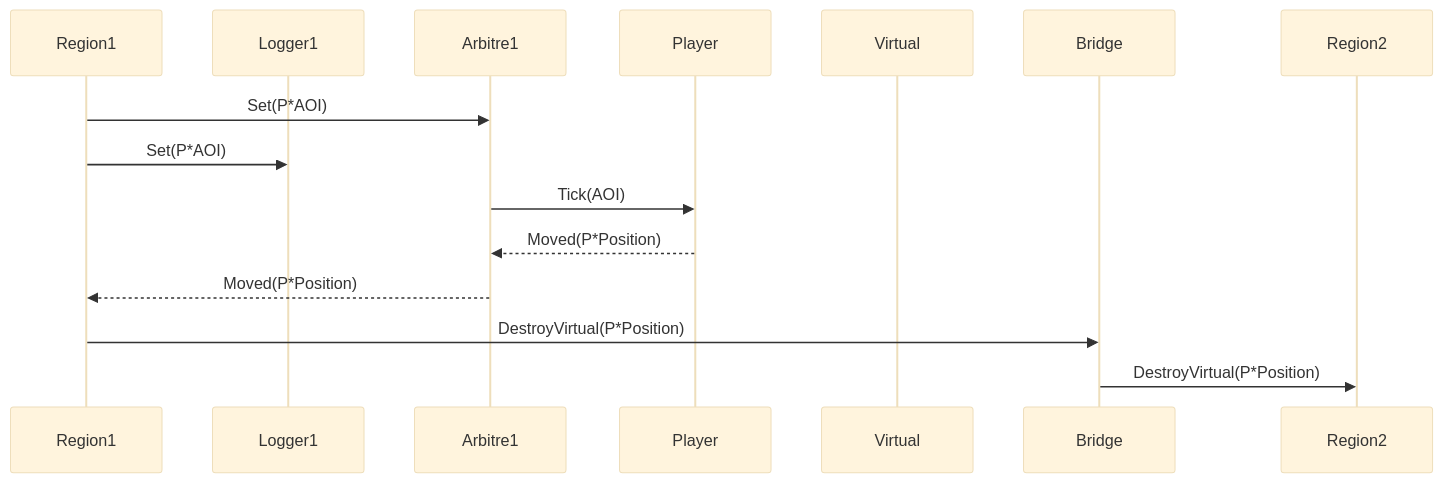
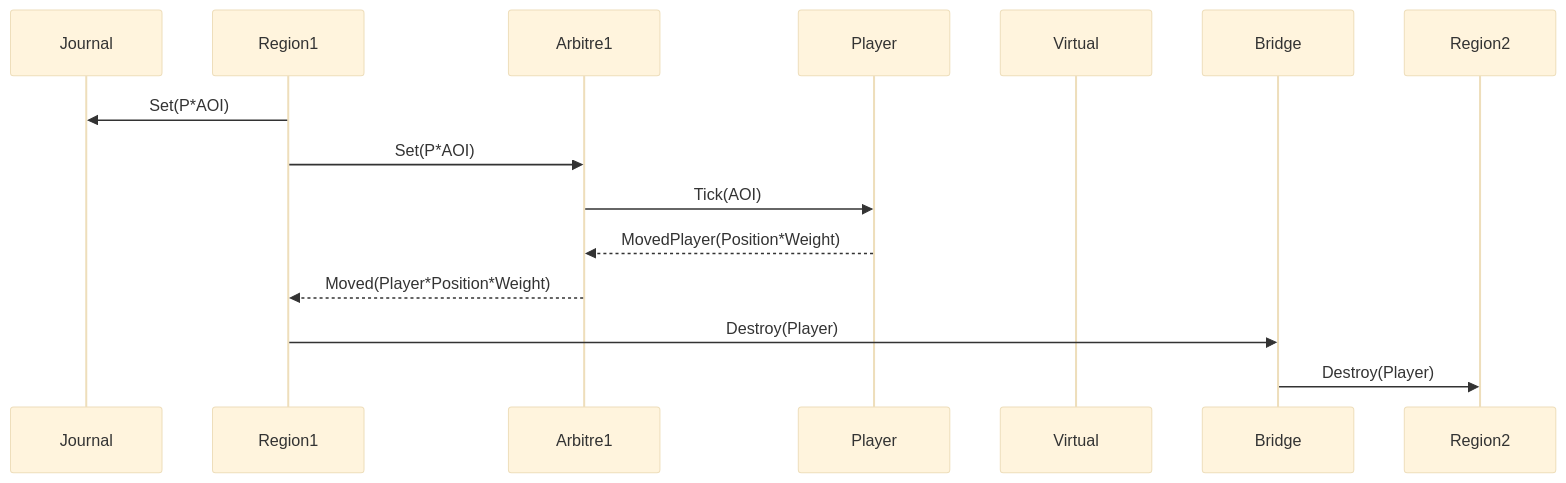
The diagram in doc/remote-player-destroyed.mermaid (agtors/agar.core), drawn with Mermaid (base theme) before and after one commit. The commit also changed 16 other files, not shown here.

Commit message:
Review conflict management: - Mermaid sequence diagrams reviewed - Enforce tests checking player actor reference - Remove codez related to bridging capability - Player notify ASAP the region when it has been killed - Code linter provided by IntellijIdea applied

```diff
--- a/doc/remote-player-destroyed.mermaid
+++ b/doc/remote-player-destroyed.mermaid
@@ -1,16 +1,16 @@
 sequenceDiagram
+    participant Journal
     participant Region1
-    participant Logger1
     participant Arbitre1
     participant Player
     participant Virtual
     participant Bridge
     participant Region2
 
+Region1  ->>  Journal:Set(P*AOI)
 Region1  ->>  Arbitre1:Set(P*AOI)
-Region1  ->>  Logger1:Set(P*AOI)
 Arbitre1 ->>  Player:Tick(AOI)
-Player   -->> Arbitre1:Moved(P*Position)
-Arbitre1 -->> Region1:Moved(P*Position)
-Region1  ->>  Bridge:DestroyVirtual(P*Position)
-Bridge   ->>  Region2:DestroyVirtual(P*Position)
+Player   -->> Arbitre1:MovedPlayer(Position*Weight)
+Arbitre1 -->> Region1:Moved(Player*Position*Weight)
+Region1  ->>  Bridge:Destroy(Player)
+Bridge   ->>  Region2:Destroy(Player)
```
